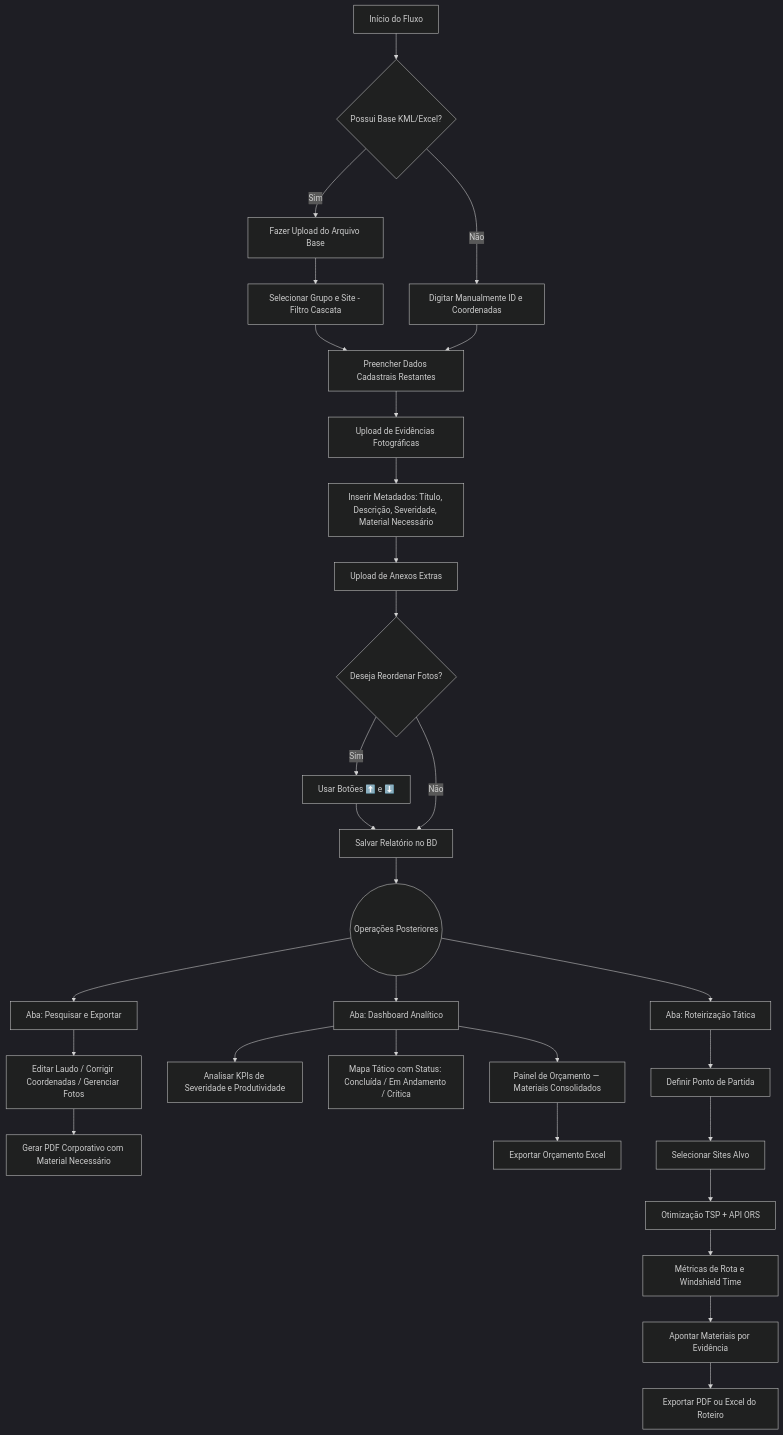
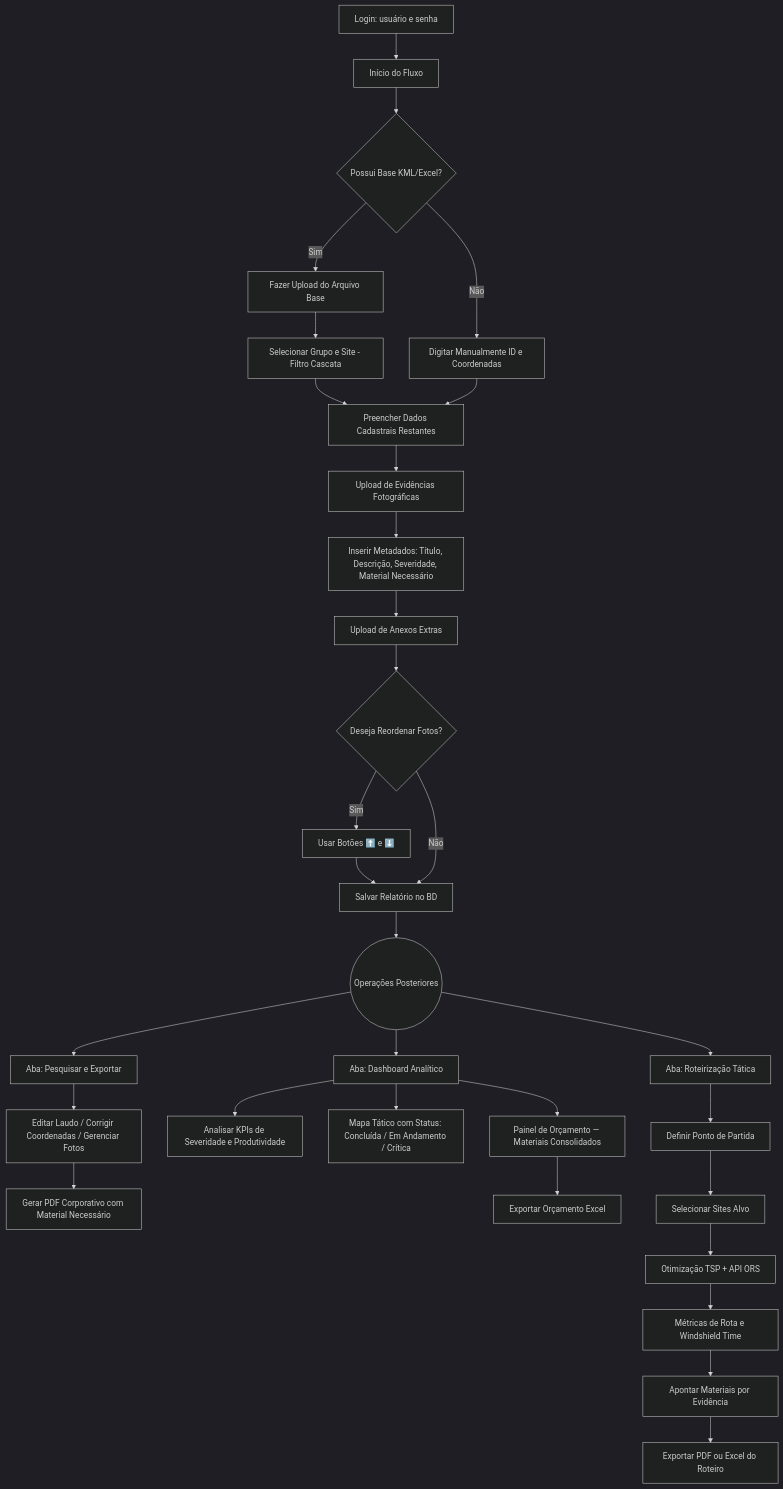
One commit to CLAUDEVANI/GIRCP changed the diagram in README.md. Above: the diagram before and after it, drawn with Mermaid (dark theme). The commit also changed other lines of this file, not shown here.

````diff
--- a/README.md
+++ b/README.md
@@ -165,37 +259,38 @@
 ```mermaid
 graph TD
-    A[Início do Fluxo] --> B{Possui Base KML/Excel?}
+    LG[Login: usuário e senha] --> A[Início do Fluxo]
+    A --> B{Possui Base KML/Excel?}
     B -- Sim --> C[Fazer Upload do Arquivo Base]
     C --> D[Selecionar Grupo e Site - Filtro Cascata]
     B -- Não --> E[Digitar Manualmente ID e Coordenadas]
     D --> F[Preencher Dados Cadastrais Restantes]
     E --> F
     F --> G[Upload de Evidências Fotográficas]
     G --> H[Inserir Metadados: Título, Descrição, Severidade, Material Necessário]
     H --> I[Upload de Anexos Extras]
     I --> J{Deseja Reordenar Fotos?}
     J -- Sim --> K[Usar Botões ⬆️ e ⬇️]
     K --> L[Salvar Relatório no BD]
     J -- Não --> L
 
     L --> M((Operações Posteriores))
 
     M --> N[Aba: Pesquisar e Exportar]
     M --> O[Aba: Dashboard Analítico]
     M --> U[Aba: Roteirização Tática]
 
     N --> P[Editar Laudo / Corrigir Coordenadas / Gerenciar Fotos]
     P --> Q[Gerar PDF Corporativo com Material Necessário]
 
     O --> R[Analisar KPIs de Severidade e Produtividade]
     O --> S[Mapa Tático com Status: Concluída / Em Andamento / Crítica]
     O --> T[Painel de Orçamento — Materiais Consolidados]
     T --> AB[Exportar Orçamento Excel]
 
     U --> V[Definir Ponto de Partida]
     V --> W[Selecionar Sites Alvo]
     W --> X[Otimização TSP + API ORS]
     X --> Y[Métricas de Rota e Windshield Time]
     Y --> Z[Apontar Materiais por Evidência]
     Z --> AA[Exportar PDF ou Excel do Roteiro]
 ```
````
